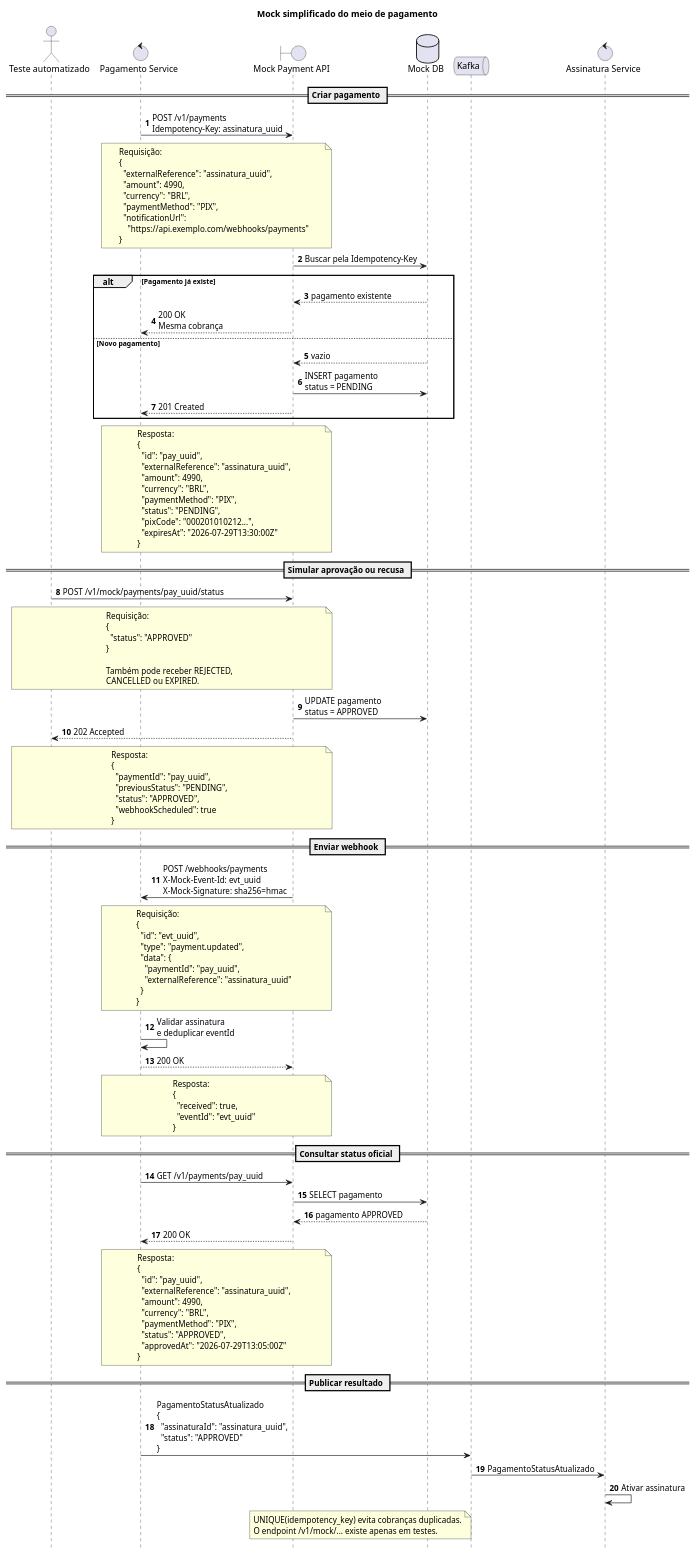
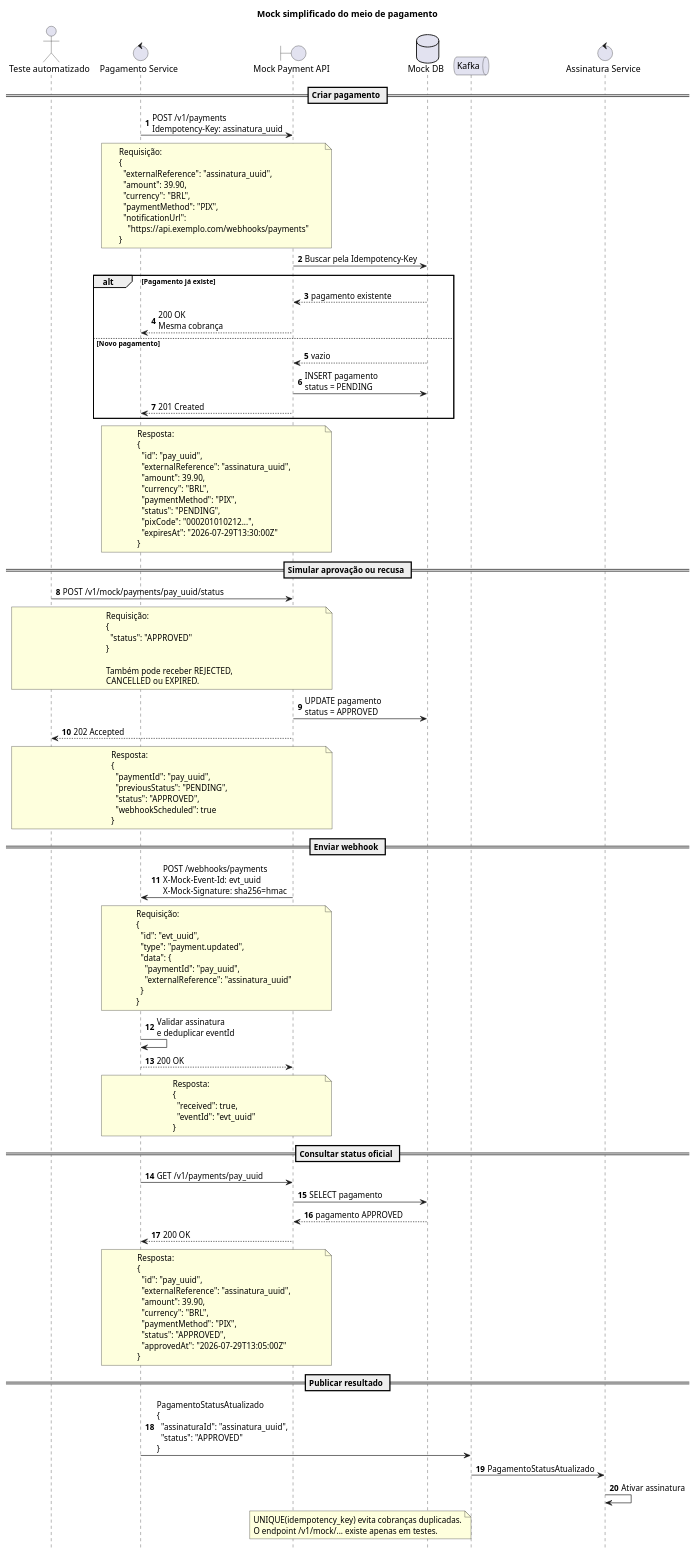
One commit to fabriciosouza21/assinatura changed the diagram in docs/mock-meio-pagamento.puml. Above: the diagram before and after it, drawn with PlantUML. The commit also changed 3 other files, not shown here.

```diff
--- a/docs/mock-meio-pagamento.puml
+++ b/docs/mock-meio-pagamento.puml
@@ -1,141 +1,141 @@
 @startuml
 title Mock simplificado do meio de pagamento
 
 autonumber
 hide footbox
 skinparam responseMessageBelowArrow true
 
 actor "Teste automatizado" as TEST
 control "Pagamento Service" as PS
 boundary "Mock Payment API" as MOCK
 database "Mock DB" as DB
 queue "Kafka" as KAFKA
 control "Assinatura Service" as AS
 
 == Criar pagamento ==
 
 PS -> MOCK: POST /v1/payments\nIdempotency-Key: assinatura_uuid
 
 note over PS, MOCK
   Requisição:
   {
     "externalReference": "assinatura_uuid",
-    "amount": 4990,
+    "amount": 39.90,
     "currency": "BRL",
     "paymentMethod": "PIX",
     "notificationUrl":
       "https://api.exemplo.com/webhooks/payments"
   }
 end note
 
 MOCK -> DB: Buscar pela Idempotency-Key
 
 alt Pagamento já existe
     DB --> MOCK: pagamento existente
     MOCK --> PS: 200 OK\nMesma cobrança
 else Novo pagamento
     DB --> MOCK: vazio
     MOCK -> DB: INSERT pagamento\nstatus = PENDING
     MOCK --> PS: 201 Created
 end
 
 note over PS, MOCK
   Resposta:
   {
     "id": "pay_uuid",
     "externalReference": "assinatura_uuid",
-    "amount": 4990,
+    "amount": 39.90,
     "currency": "BRL",
     "paymentMethod": "PIX",
     "status": "PENDING",
     "pixCode": "000201010212...",
     "expiresAt": "2026-07-29T13:30:00Z"
   }
 end note
 
 == Simular aprovação ou recusa ==
 
 TEST -> MOCK: POST /v1/mock/payments/pay_uuid/status
 
 note over TEST, MOCK
   Requisição:
   {
     "status": "APPROVED"
   }
 
   Também pode receber REJECTED,
   CANCELLED ou EXPIRED.
 end note
 
 MOCK -> DB: UPDATE pagamento\nstatus = APPROVED
 MOCK --> TEST: 202 Accepted
 
 note over TEST, MOCK
   Resposta:
   {
     "paymentId": "pay_uuid",
     "previousStatus": "PENDING",
     "status": "APPROVED",
     "webhookScheduled": true
   }
 end note
 
 == Enviar webhook ==
 
 MOCK -> PS: POST /webhooks/payments\nX-Mock-Event-Id: evt_uuid\nX-Mock-Signature: sha256=hmac
 
 note over MOCK, PS
   Requisição:
   {
     "id": "evt_uuid",
     "type": "payment.updated",
     "data": {
       "paymentId": "pay_uuid",
       "externalReference": "assinatura_uuid"
     }
   }
 end note
 
 PS -> PS: Validar assinatura\ne deduplicar eventId
 PS --> MOCK: 200 OK
 
 note over MOCK, PS
   Resposta:
   {
     "received": true,
     "eventId": "evt_uuid"
   }
 end note
 
 == Consultar status oficial ==
 
 PS -> MOCK: GET /v1/payments/pay_uuid
 MOCK -> DB: SELECT pagamento
 DB --> MOCK: pagamento APPROVED
 MOCK --> PS: 200 OK
 
 note over PS, MOCK
   Resposta:
   {
     "id": "pay_uuid",
     "externalReference": "assinatura_uuid",
-    "amount": 4990,
+    "amount": 39.90,
     "currency": "BRL",
     "paymentMethod": "PIX",
     "status": "APPROVED",
     "approvedAt": "2026-07-29T13:05:00Z"
   }
 end note
 
 == Publicar resultado ==
 
 PS -> KAFKA: PagamentoStatusAtualizado\n{\n  "assinaturaId": "assinatura_uuid",\n  "status": "APPROVED"\n}
 KAFKA -> AS: PagamentoStatusAtualizado
 AS -> AS: Ativar assinatura
 
 note over MOCK, DB
   UNIQUE(idempotency_key) evita cobranças duplicadas.
   O endpoint /v1/mock/... existe apenas em testes.
 end note
 
 @enduml
```
